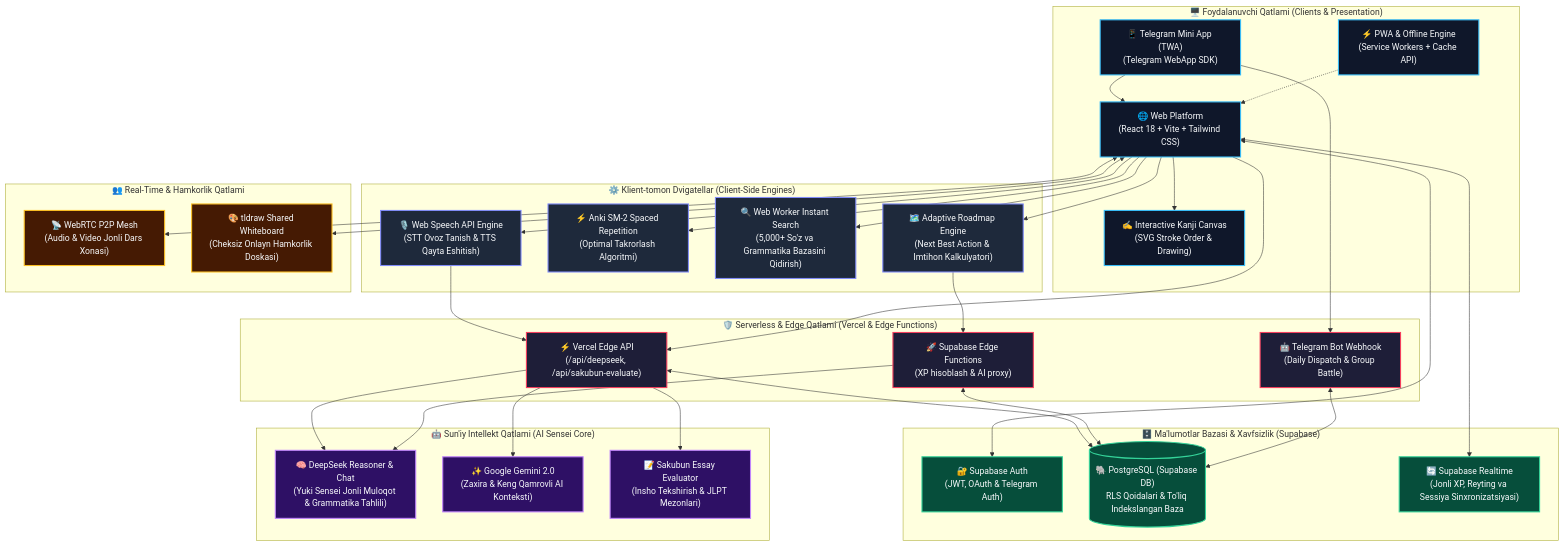
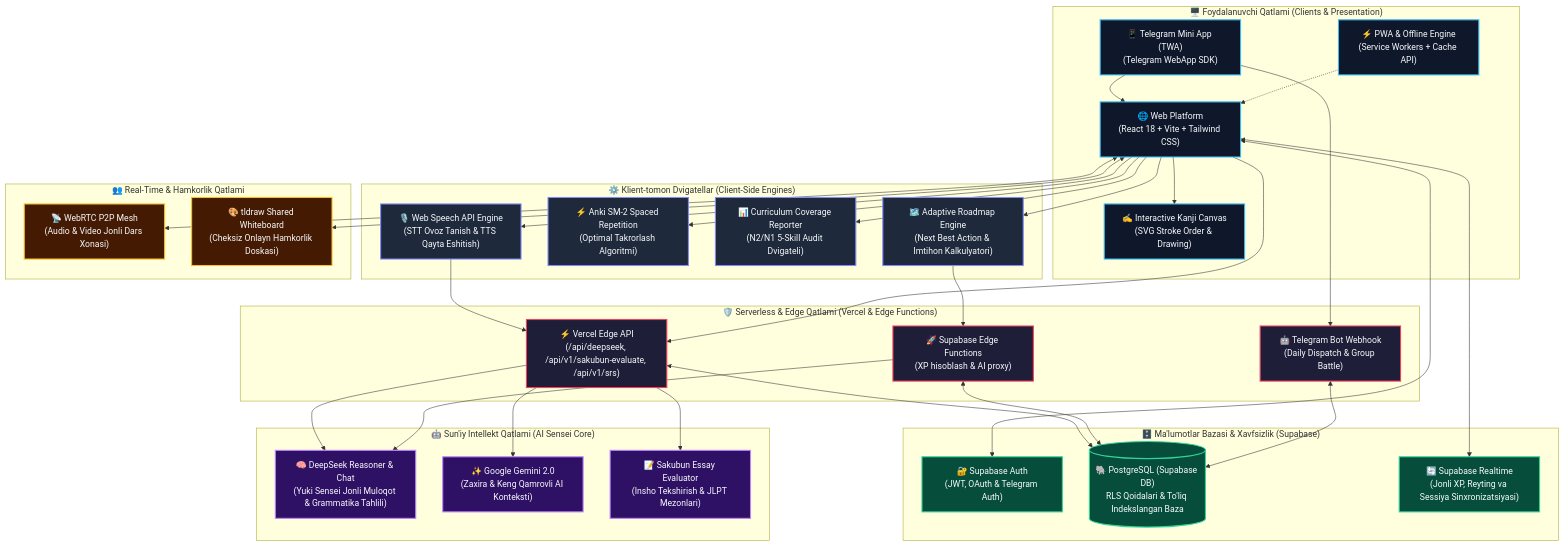
Before and after one commit to Farhodoff/kaiwa.live: the diagram in README.md, drawn with Mermaid. The commit also changed other lines of this file and 3 other files, not shown here.

````diff
--- a/README.md
+++ b/README.md
@@ -88,79 +99,79 @@
 ```mermaid
 flowchart TD
     %% Styling and Theme Classes
     classDef client fill:#0F172A,stroke:#38BDF8,stroke-width:2px,color:#F8FAFC
     classDef engine fill:#1E293B,stroke:#818CF8,stroke-width:2px,color:#F8FAFC
     classDef edge fill:#1E1E38,stroke:#F43F5E,stroke-width:2px,color:#F8FAFC
     classDef ai fill:#2E1065,stroke:#C084FC,stroke-width:2px,color:#F8FAFC
     classDef data fill:#064E3B,stroke:#34D399,stroke-width:2px,color:#F8FAFC
     classDef collab fill:#451A03,stroke:#FBBF24,stroke-width:2px,color:#F8FAFC
 
     subgraph ClientLayer["🖥️ Foydalanuvchi Qatlami (Clients & Presentation)"]
         WebApp["🌐 Web Platform<br/>(React 18 + Vite + Tailwind CSS)"]:::client
         TWA["📱 Telegram Mini App (TWA)<br/>(Telegram WebApp SDK)"]:::client
         PWA["⚡ PWA & Offline Engine<br/>(Service Workers + Cache API)"]:::client
         KanjiCanvas["✍️ Interactive Kanji Canvas<br/>(SVG Stroke Order & Drawing)"]:::client
     end
 
     subgraph ClientEngines["⚙️ Klient-tomon Dvigatellar (Client-Side Engines)"]
         SpeechEngine["🎙️ Web Speech API Engine<br/>(STT Ovoz Tanish & TTS Qayta Eshitish)"]:::engine
         SM2["⚡ Anki SM-2 Spaced Repetition<br/>(Optimal Takrorlash Algoritmi)"]:::engine
-        WorkerSearch["🔍 Web Worker Instant Search<br/>(5,000+ So'z va Grammatika Bazasini Qidirish)"]:::engine
+        CoverageEngine["📊 Curriculum Coverage Reporter<br/>(N2/N1 5-Skill Audit Dvigateli)"]:::engine
         RoadmapCalc["🗺️ Adaptive Roadmap Engine<br/>(Next Best Action & Imtihon Kalkulyatori)"]:::engine
     end
 
     subgraph EdgeServices["🛡️ Serverless & Edge Qatlami (Vercel & Edge Functions)"]
-        VercelAPI["⚡ Vercel Edge API<br/>(/api/deepseek, /api/sakubun-evaluate)"]:::edge
+        VercelAPI["⚡ Vercel Edge API<br/>(/api/deepseek, /api/v1/sakubun-evaluate, /api/v1/srs)"]:::edge
         TelegramWebhook["🤖 Telegram Bot Webhook<br/>(Daily Dispatch & Group Battle)"]:::edge
         SupabaseEdge["🚀 Supabase Edge Functions<br/>(XP hisoblash & AI proxy)"]:::edge
     end
 
     subgraph AIServices["🤖 Sun'iy Intellekt Qatlami (AI Sensei Core)"]
         DeepSeek["🧠 DeepSeek Reasoner & Chat<br/>(Yuki Sensei Jonli Muloqot & Grammatika Tahlili)"]:::ai
         Gemini["✨ Google Gemini 2.0<br/>(Zaxira & Keng Qamrovli AI Konteksti)"]:::ai
         SakubunAI["📝 Sakubun Essay Evaluator<br/>(Insho Tekshirish & JLPT Mezonlari)"]:::ai
     end
 
     subgraph CollabTier["👥 Real-Time & Hamkorlik Qatlami"]
         WebRTC["📡 WebRTC P2P Mesh<br/>(Audio & Video Jonli Dars Xonasi)"]:::collab
         TLDraw["🎨 tldraw Shared Whiteboard<br/>(Cheksiz Onlayn Hamkorlik Doskasi)"]:::collab
     end
 
     subgraph DataLayer["🗄️ Ma'lumotlar Bazasi & Xavfsizlik (Supabase)"]
         SupaAuth["🔐 Supabase Auth<br/>(JWT, OAuth & Telegram Auth)"]:::data
         SupaDB[("🐘 PostgreSQL (Supabase DB)<br/>RLS Qoidalari & To'liq Indekslangan Baza")]:::data
         SupaRealtime["🔄 Supabase Realtime<br/>(Jonli XP, Reyting va Sessiya Sinxronizatsiyasi)"]:::data
     end
 
     %% Oqim Bog'lanishlari
     WebApp --> SpeechEngine
     WebApp --> SM2
     WebApp --> KanjiCanvas
-    WebApp --> WorkerSearch
+    WebApp --> CoverageEngine
     WebApp --> RoadmapCalc
     TWA --> WebApp
     PWA -.-> WebApp
 
     %% Hamkorlik
     WebApp <--> WebRTC
     WebApp <--> TLDraw
 
     %% Edge & API
     SpeechEngine --> VercelAPI
     WebApp --> VercelAPI
     TWA --> TelegramWebhook
     RoadmapCalc --> SupabaseEdge
 
     %% AI Pipeline
     VercelAPI --> DeepSeek
     VercelAPI --> Gemini
     VercelAPI --> SakubunAI
     SupabaseEdge --> DeepSeek
 
     %% Ma'lumotlar oqimi
     WebApp <--> SupaAuth
     VercelAPI <--> SupaDB
     SupabaseEdge <--> SupaDB
     WebApp <--> SupaRealtime
     TelegramWebhook <--> SupaDB
 ```
````
